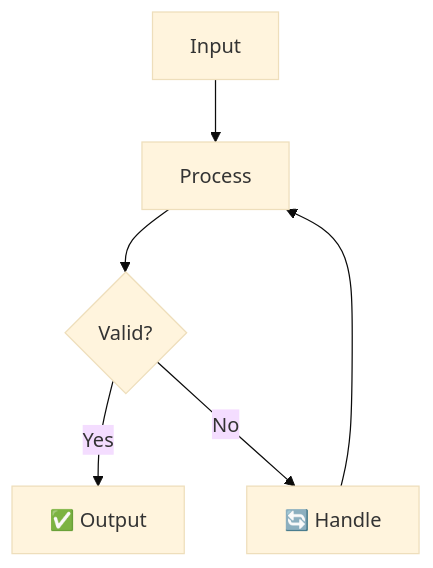
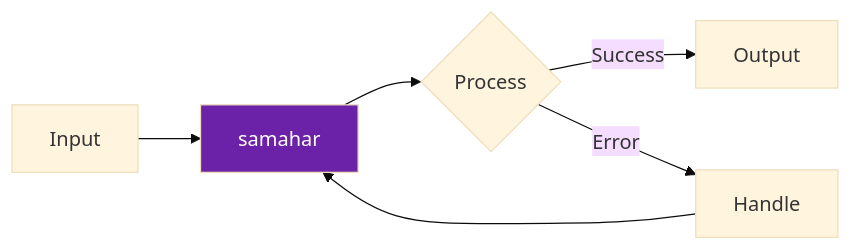
The diagram in README.md (darshjme/agent-aggregator), drawn with Mermaid (base theme) before and after one commit. The commit also changed other lines of this file, not shown here.

First line of the commit message:
feat(vedic-v3): rename to samahar (समाहार)

````diff
--- a/README.md
+++ b/README.md
@@ -35,8 +39,9 @@
 ```mermaid
-flowchart TD
-    A[Input] --> B[Process]
-    B --> C{Valid?}
-    C -->|Yes| D[✅ Output]
-    C -->|No| E[🔄 Handle]
+flowchart LR
+    A[Input] --> B[samahar]
+    B --> C{Process}
+    C -- Success --> D[Output]
+    C -- Error --> E[Handle]
     E --> B
+    style B fill:#6b21a8,color:#fff
 ```
````
